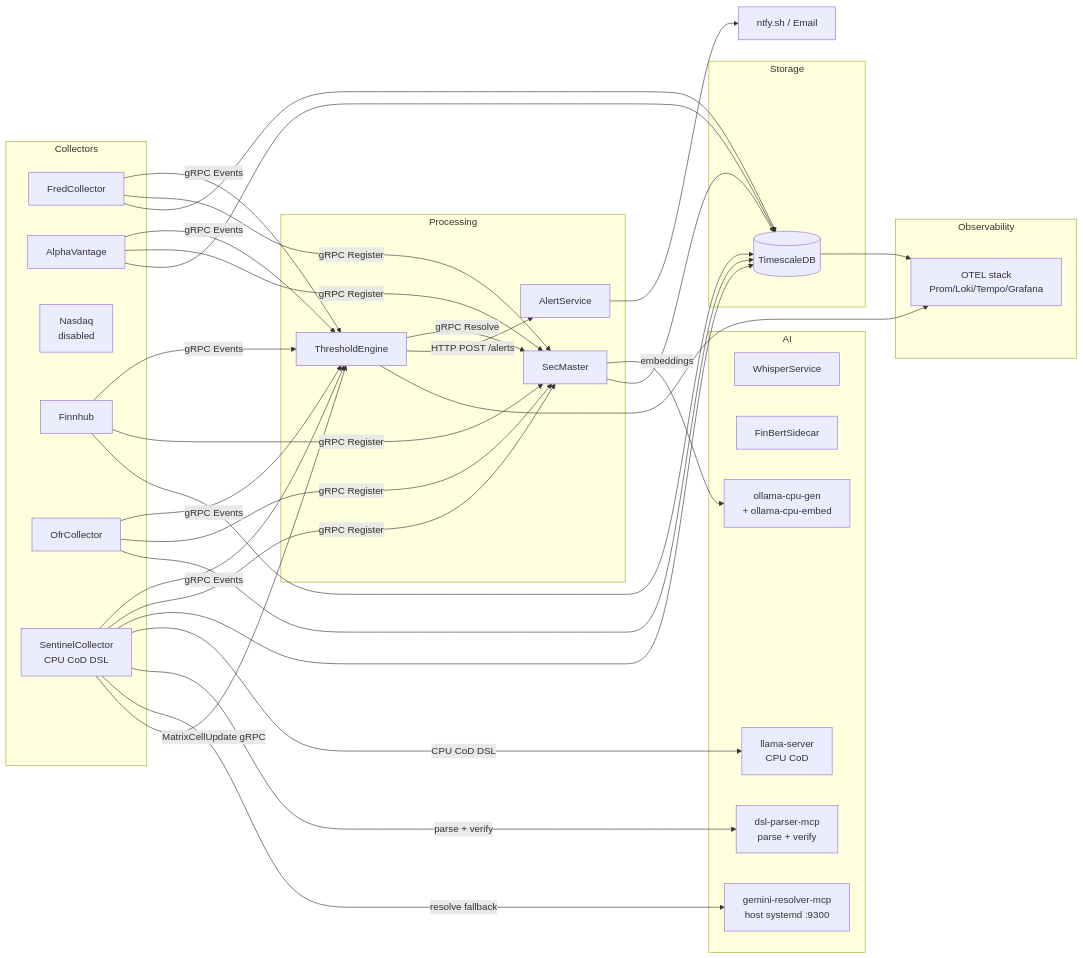
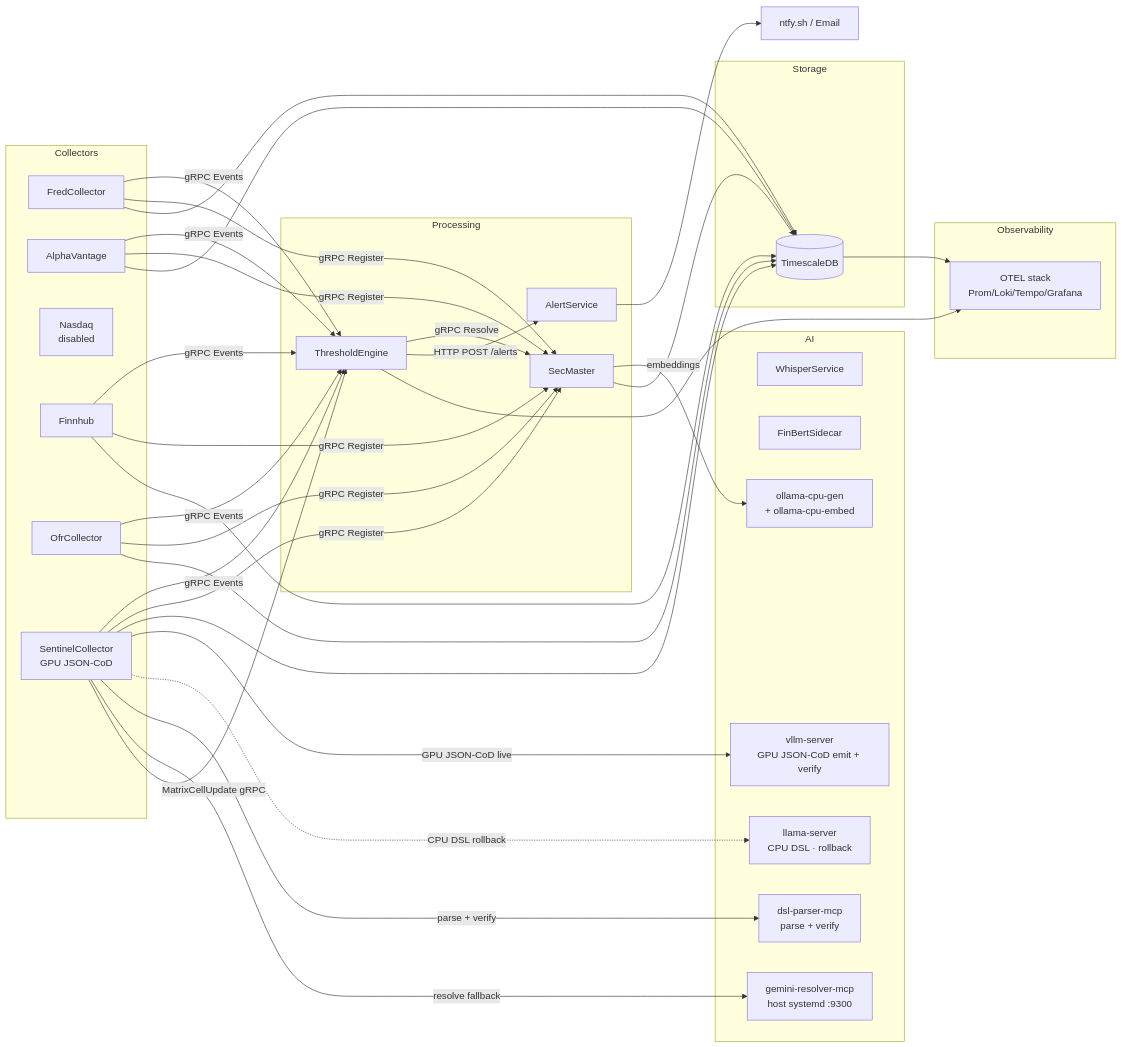
One commit to jpansarasa/ATLAS-Docs changed the diagram in docs/EXECUTIVE-SUMMARY.md. Above: the diagram before and after it, drawn with Mermaid. The commit also changed other lines of this file and 5 other files, not shown here.

````diff
--- a/docs/EXECUTIVE-SUMMARY.md
+++ b/docs/EXECUTIVE-SUMMARY.md
@@ -12,48 +12,50 @@
 ```mermaid
 flowchart LR
     subgraph Collectors
         FC[FredCollector]
         AV[AlphaVantage]
         NC[Nasdaq<br/>disabled]
         FH[Finnhub]
         OFR[OfrCollector]
-        SC[SentinelCollector<br/>CPU CoD DSL]
+        SC[SentinelCollector<br/>GPU JSON-CoD]
     end
 
     subgraph Processing
         SM[SecMaster]
         TE[ThresholdEngine]
         AS[AlertService]
     end
 
     subgraph AI
         WS[WhisperService]
         FB[FinBertSidecar]
-        LS[llama-server<br/>CPU CoD]
+        VLLM[vllm-server<br/>GPU JSON-CoD emit + verify]
+        LS[llama-server<br/>CPU DSL · rollback]
         DSL[dsl-parser-mcp<br/>parse + verify]
         OL[ollama-cpu-gen<br/>+ ollama-cpu-embed]
         GR[gemini-resolver-mcp<br/>host systemd :9300]
     end
 
     subgraph Storage
         DB[(TimescaleDB)]
     end
 
     subgraph Observability
         OTEL[OTEL stack<br/>Prom/Loki/Tempo/Grafana]
     end
 
     FC & AV & FH & OFR & SC -->|gRPC Events| TE
     FC & AV & FH & OFR & SC -->|gRPC Register| SM
     FC & AV & FH & OFR & SC --> DB
-    SC -->|CPU CoD DSL| LS
+    SC -->|GPU JSON-CoD live| VLLM
+    SC -.->|CPU DSL rollback| LS
     SC -->|parse + verify| DSL
     SC -->|resolve fallback| GR
     TE -->|gRPC Resolve| SM
     SM -->|embeddings| OL
     TE -->|HTTP POST /alerts| AS
     AS --> N[ntfy.sh / Email]
     SC -->|MatrixCellUpdate gRPC| TE
     DB & TE --> OTEL
     SM --> DB
 ```
````
